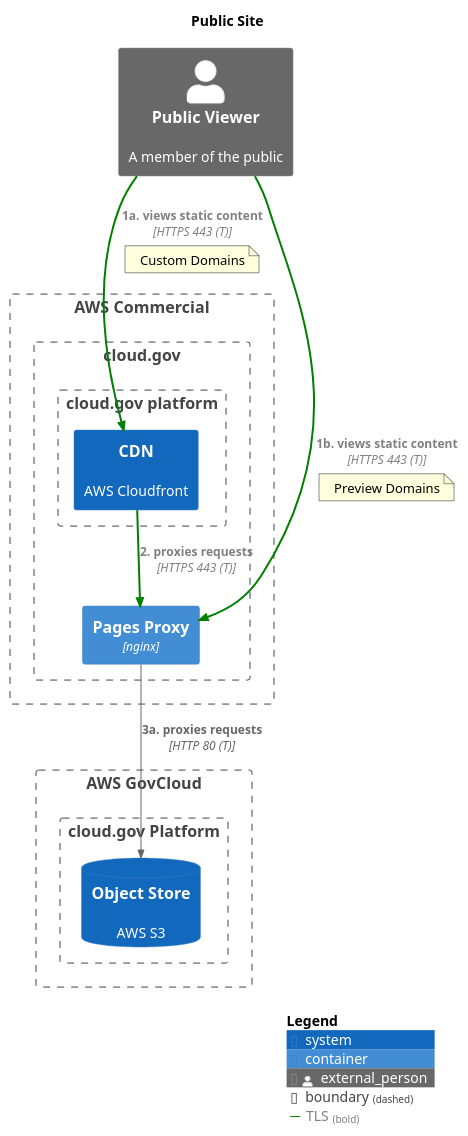
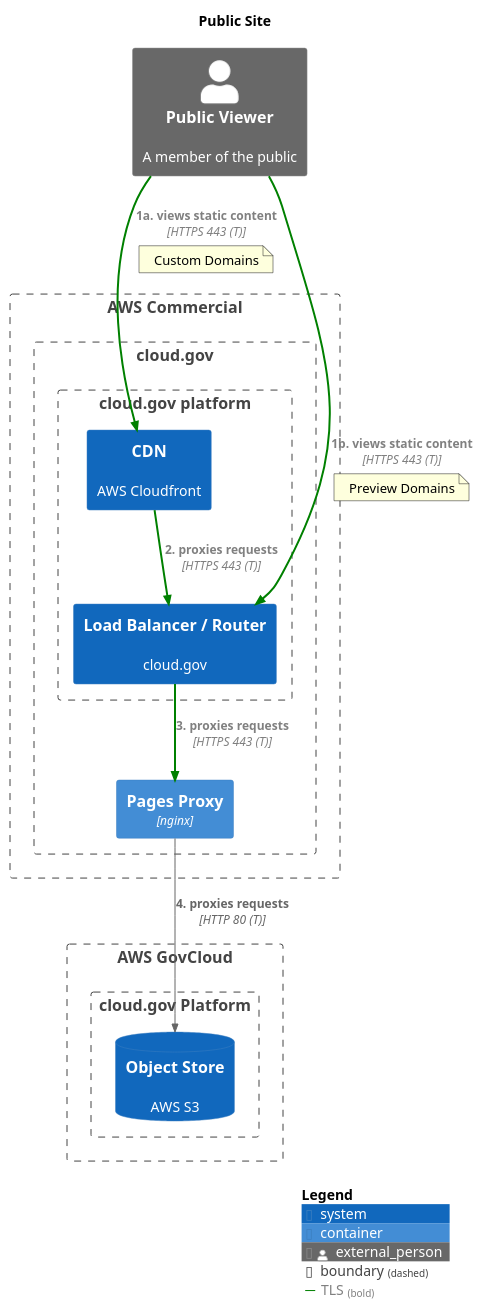
One commit to cloud-gov/system-diagrams changed the diagram in source/diagrams/pages/public_flow.puml. Above: the diagram before and after it, drawn with PlantUML. The commit also changed 7 other files, not shown here.

Commit message:
update diagrams

```diff
--- a/source/diagrams/pages/public_flow.puml
+++ b/source/diagrams/pages/public_flow.puml
@@ -1,39 +1,42 @@
 @startuml public_flow
 !include https://raw.githubusercontent.com/plantuml-stdlib/C4-PlantUML/master/C4_Container.puml
 'https://github.com/plantuml-stdlib/C4-PlantUML
 
 title Public Site
 
 AddRelTag("TLS", $textColor="grey", $lineColor="green", $lineStyle=BoldLine())
 
 Person_Ext(public, "Public Viewer", "A member of the public")
 
 Boundary(awsgov, "AWS GovCloud") {
     Boundary(cgp_gc, "cloud.gov Platform") {
       SystemDb(s3, "Object Store", "AWS S3")
     }
 }
+
 Boundary(awscom, "AWS Commercial") {
   Boundary(cg, "cloud.gov") {
     Boundary(cgp_ew, "cloud.gov platform") {
       System(cdn, "CDN", "AWS Cloudfront")
+      System(elb, "Load Balancer / Router", "cloud.gov")
     }
     Container(proxy, "Pages Proxy", "nginx")    
   }
 }
 
 Rel(public, cdn, "1a. views static content", "HTTPS 443 (T)", $tags="TLS")
 note on link
   Custom Domains
 end note
+Rel(cdn, elb, "2. proxies requests", "HTTPS 443 (T)", $tags="TLS")
 
-Rel(public, proxy, "1b. views static content", "HTTPS 443 (T)", $tags="TLS")
+Rel(public, elb, "1b. views static content", "HTTPS 443 (T)", $tags="TLS")
 note on link
   Preview Domains
 end note
+Rel(elb, proxy, "3. proxies requests", "HTTPS 443 (T)", $tags="TLS")
 
-Rel(cdn, proxy, "2. proxies requests", "HTTPS 443 (T)", $tags="TLS")
-Rel(proxy, s3, "3a. proxies requests", "HTTP 80 (T)")
+Rel(proxy, s3, "4. proxies requests", "HTTP 80 (T)")
 
 SHOW_LEGEND()
 @enduml
```
